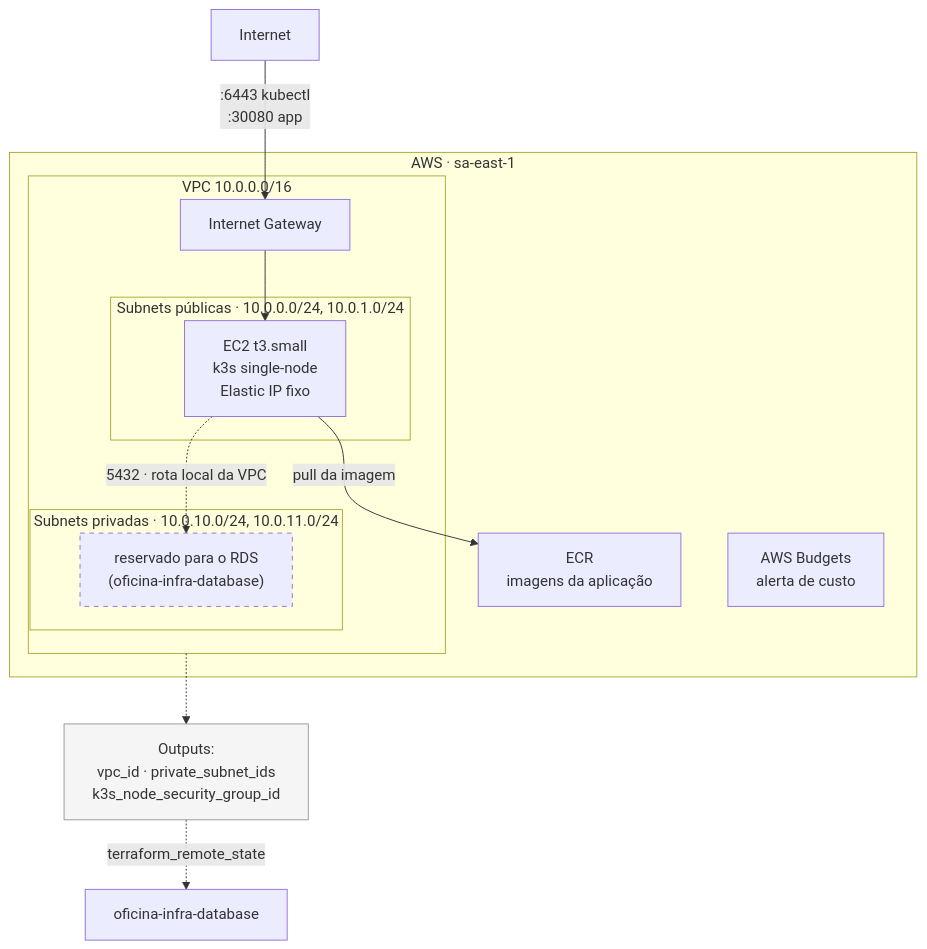
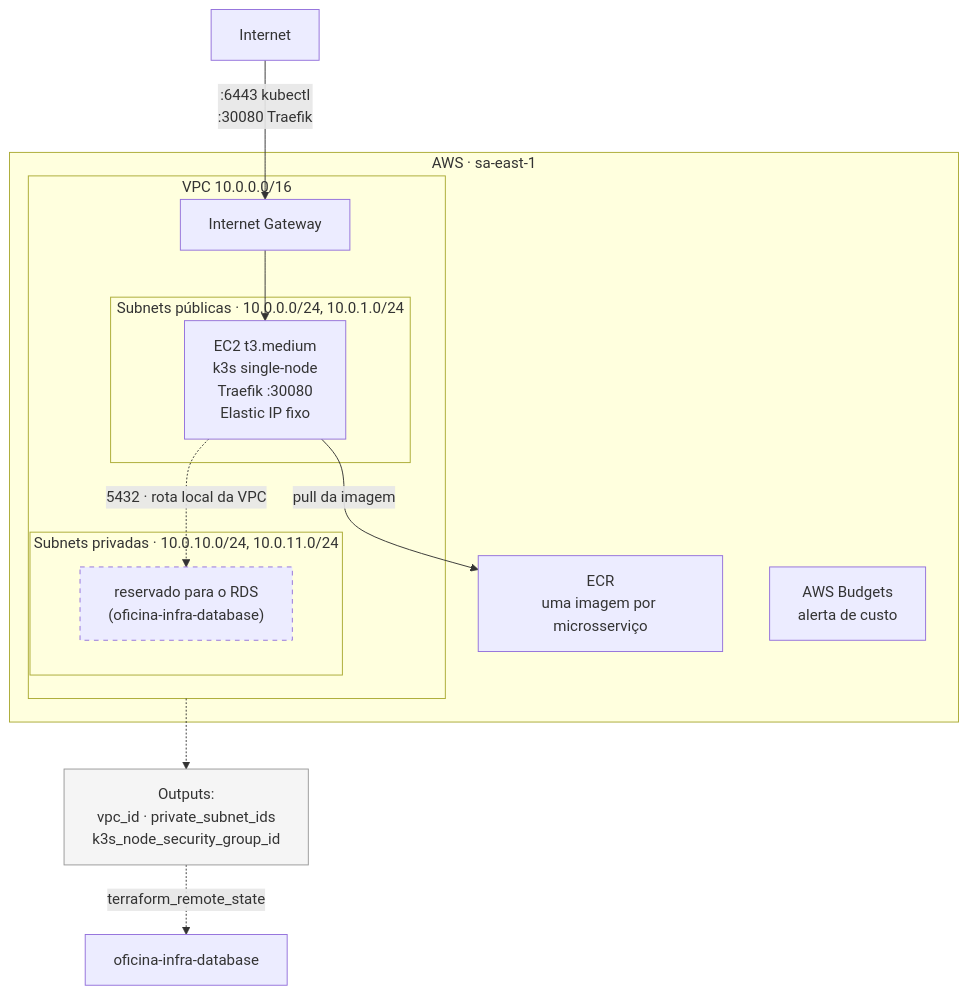
Before and after one commit to Luizustavo/oficina-infra-k8s: the diagram in README.md, drawn with Mermaid. The commit also changed other lines of this file and 9 other files, not shown here.

Commit message:
Atualiza a infraestrutura para a Fase 4: implementa Traefik como ingress, ajusta namespaces para microsserviços, e modifica repositórios ECR para suportar múltiplos serviços.

````diff
--- a/README.md
+++ b/README.md
@@ -41,28 +45,28 @@
 ```mermaid
 flowchart TB
     subgraph AWS["AWS · sa-east-1"]
         subgraph VPC["VPC 10.0.0.0/16"]
             IGW["Internet Gateway"]
             subgraph PUB["Subnets públicas · 10.0.0.0/24, 10.0.1.0/24"]
-                EC2["EC2 t3.small<br/>k3s single-node<br/>Elastic IP fixo"]
+                EC2["EC2 t3.medium<br/>k3s single-node<br/>Traefik :30080<br/>Elastic IP fixo"]
             end
             subgraph PRIV["Subnets privadas · 10.0.10.0/24, 10.0.11.0/24"]
                 RDSPH["reservado para o RDS<br/>(oficina-infra-database)"]
             end
         end
-        ECR["ECR<br/>imagens da aplicação"]
+        ECR["ECR<br/>uma imagem por microsserviço"]
         BUDGET["AWS Budgets<br/>alerta de custo"]
     end
 
-    USER["Internet"] -->|":6443 kubectl<br/>:30080 app"| IGW
+    USER["Internet"] -->|":6443 kubectl<br/>:30080 Traefik"| IGW
     IGW --> EC2
     EC2 -->|"pull da imagem"| ECR
     EC2 -.->|"5432 · rota local da VPC"| RDSPH
 
     OUT["Outputs:<br/>vpc_id · private_subnet_ids<br/>k3s_node_security_group_id"]
     VPC -.-> OUT
     OUT -.->|"terraform_remote_state"| DB["oficina-infra-database"]
 
     style RDSPH stroke-dasharray: 5 5
     style OUT fill:#f5f5f5,stroke:#999
 ```
````
